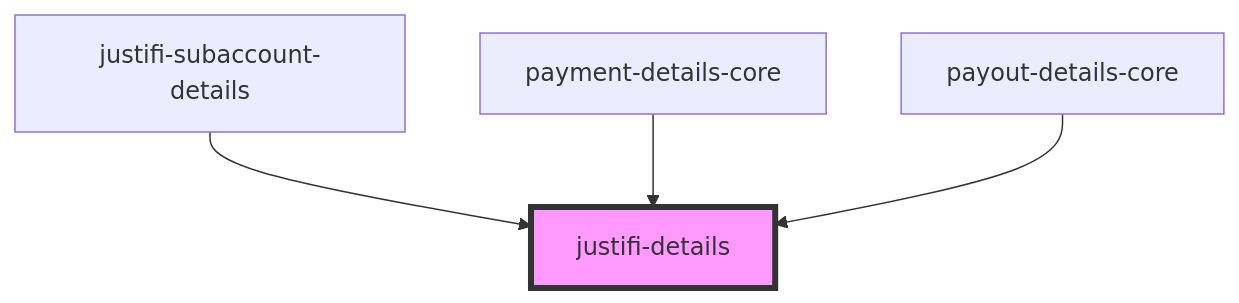
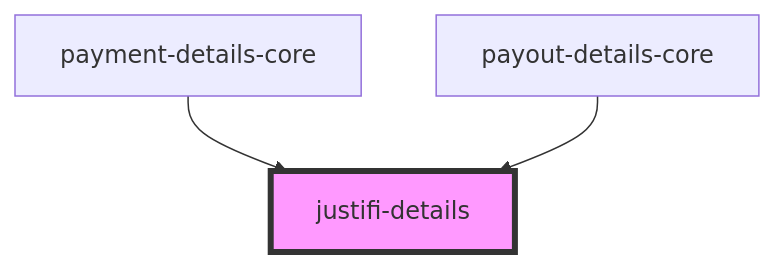
Before and after one commit to justifi-tech/web-component-library: the diagram in packages/webcomponents/src/components/details/readme.md, drawn with Mermaid. The commit also changed other lines of this file and 1 other file, not shown here.

Commit message:
update affected readmes

````diff
--- a/packages/webcomponents/src/components/details/readme.md
+++ b/packages/webcomponents/src/components/details/readme.md
@@ -24,7 +23,6 @@
 ```mermaid
 graph TD;
-  justifi-subaccount-details --> justifi-details
   payment-details-core --> justifi-details
   payout-details-core --> justifi-details
   style justifi-details fill:#f9f,stroke:#333,stroke-width:4px
 ```
````
